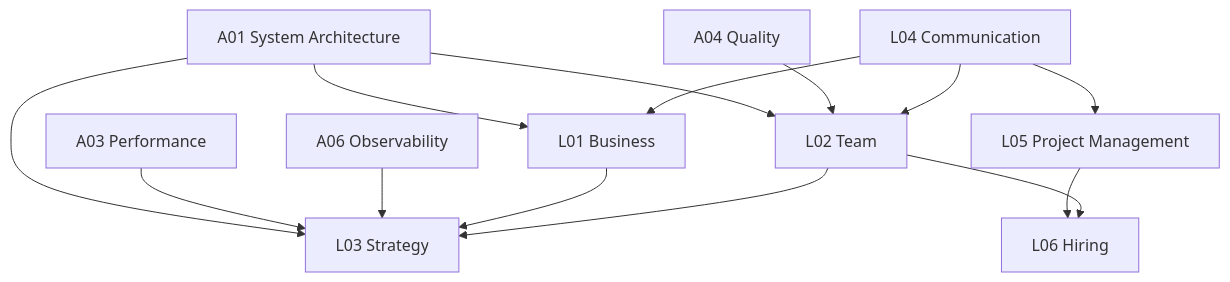
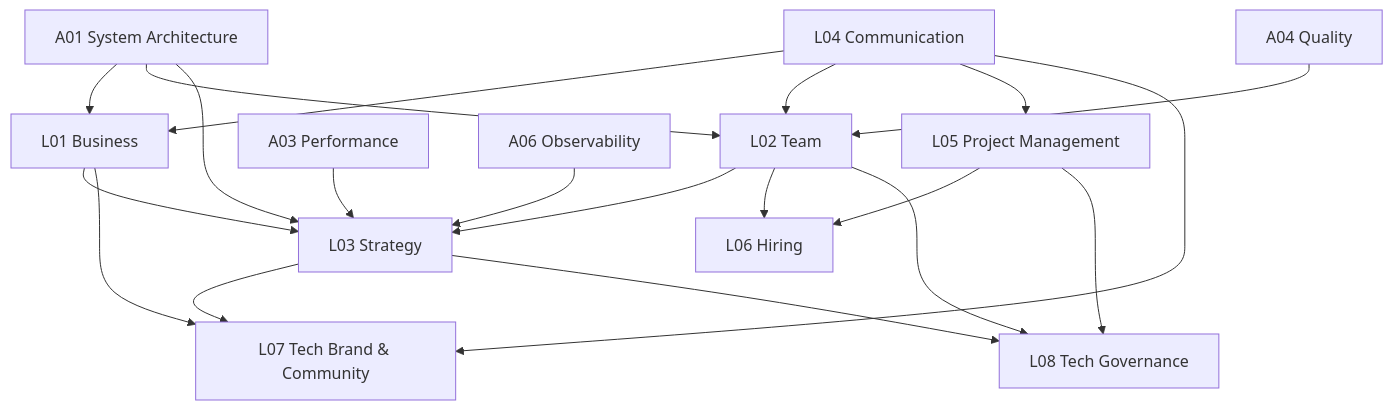
Before and after one commit to rendongping/jgs: the fifth of 5 diagrams in docs/learning-path/01-knowledge-dependency-map.md, drawn with Mermaid. The commit also changed other lines of this file and 95 other files, not shown here.

````diff
--- a/docs/learning-path/01-knowledge-dependency-map.md
+++ b/docs/learning-path/01-knowledge-dependency-map.md
@@ -149,18 +177,24 @@
 ```mermaid
 graph TD
     A01[A01 System Architecture] --> L01[L01 Business]
     A01 --> L02[L02 Team]
     A01 --> L03[L03 Strategy]
 
     A03[A03 Performance] --> L03
     A04[A04 Quality] --> L02
     A06[A06 Observability] --> L03
 
     L01 --> L03
     L02 --> L03
     L04[L04 Communication] --> L01
     L04 --> L02
     L04 --> L05[L05 Project Management]
     L05 --> L06[L06 Hiring]
     L02 --> L06
+    L04 --> L07[L07 Tech Brand &amp; Community]
+    L01 --> L07
+    L03 --> L07
+    L02 --> L08[L08 Tech Governance]
+    L03 --> L08
+    L05 --> L08
 ```
````
